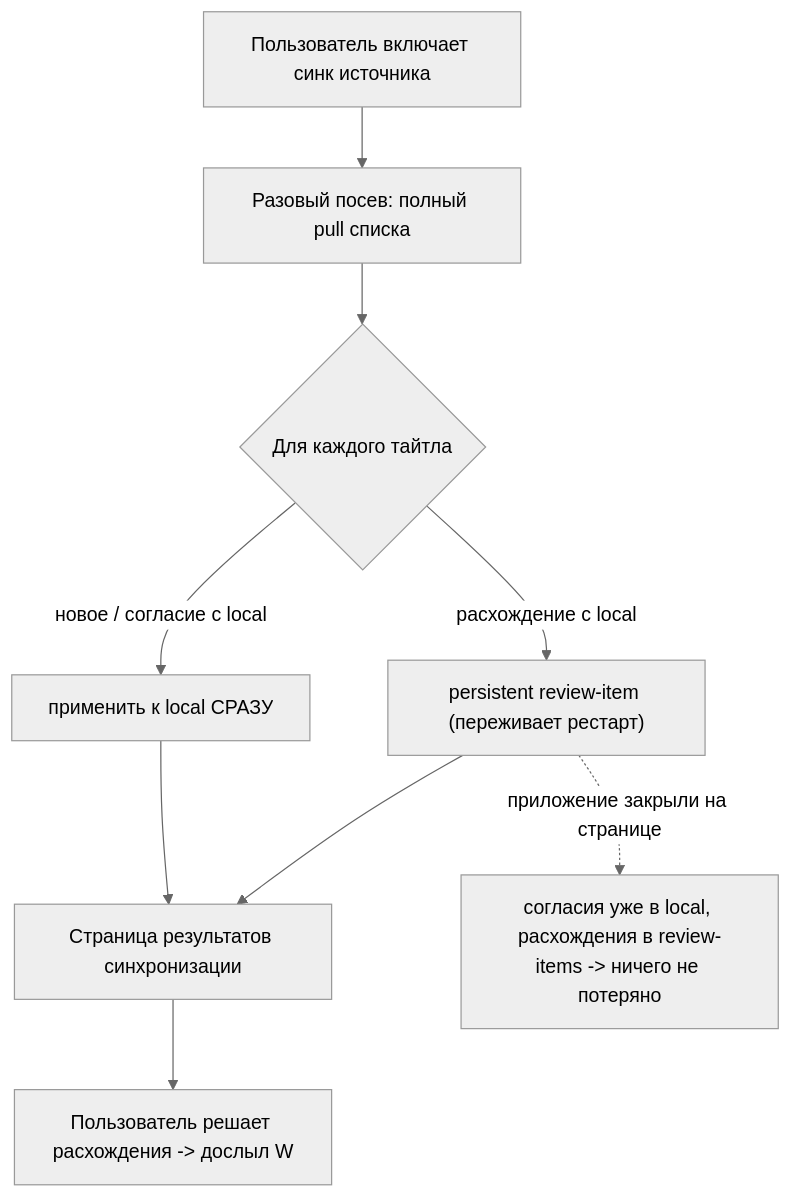
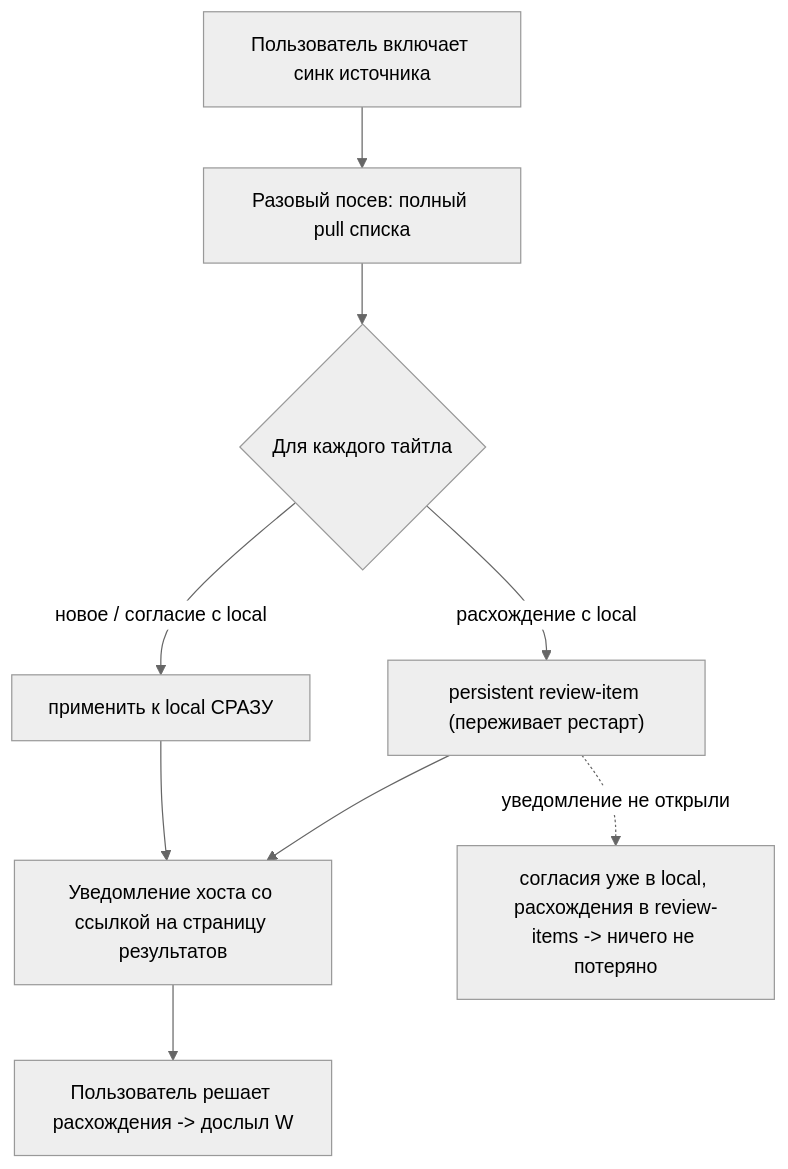
One commit to anime-db/anime-db-desktop changed the sixth of 6 diagrams in .claude-docs/sync.md. Above: the diagram before and after it, drawn with Mermaid (neutral theme). The commit also changed other lines of this file and 6 other files, not shown here.

````diff
--- a/.claude-docs/sync.md
+++ b/.claude-docs/sync.md
@@ -171,11 +174,11 @@
 ```mermaid
 flowchart TD
     A["Пользователь включает синк источника"] --> B["Разовый посев: полный pull списка"]
     B --> C{"Для каждого тайтла"}
     C -->|"новое / согласие с local"| D["применить к local СРАЗУ"]
     C -->|"расхождение с local"| E["persistent review-item (переживает рестарт)"]
-    D --> F["Страница результатов синхронизации"]
+    D --> F["Уведомление хоста со ссылкой на страницу результатов"]
     E --> F
     F --> G["Пользователь решает расхождения -> дослыл W"]
-    E -.->|"приложение закрыли на странице"| H["согласия уже в local, расхождения в review-items -> ничего не потеряно"]
+    E -.->|"уведомление не открыли"| H["согласия уже в local, расхождения в review-items -> ничего не потеряно"]
 ```
````
